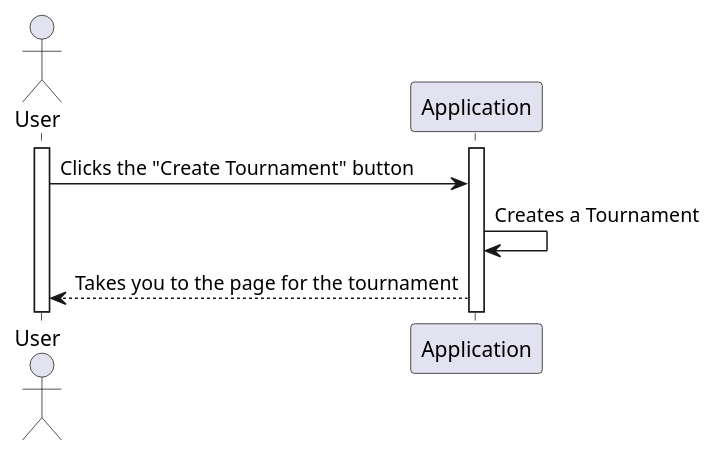
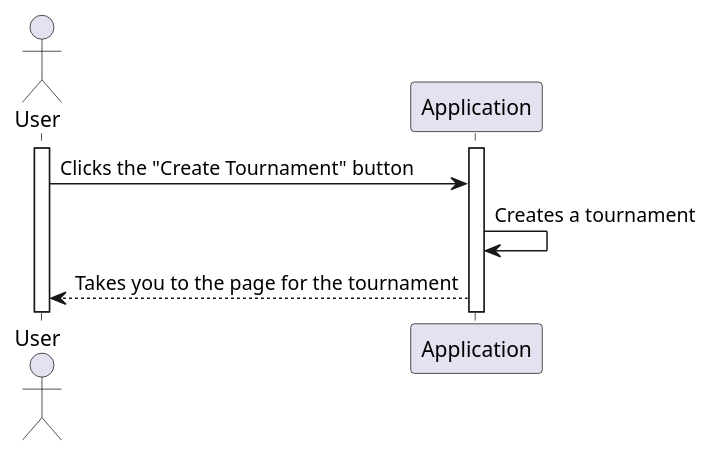
Before and after one commit to itzMesh/DCST1008-Prosjekt: the diagram in ProjektUML/SequencediagramUserAppData/sequence_diagram_createTournament.wsd, drawn with PlantUML. The commit also changed 15 other files, not shown here.

```diff
--- a/ProjektUML/SequencediagramUserAppData/sequence_diagram_createTournament.wsd
+++ b/ProjektUML/SequencediagramUserAppData/sequence_diagram_createTournament.wsd
@@ -1,15 +1,15 @@
 @startuml createTournament
 
 actor User as U
 participant Application as A
 
 activate U
 activate A
 
 U->A: Clicks the "Create Tournament" button
-A->A: Creates a Tournament
+A->A: Creates a tournament
 A-->U: Takes you to the page for the tournament
 
 
 
 @enduml
```
